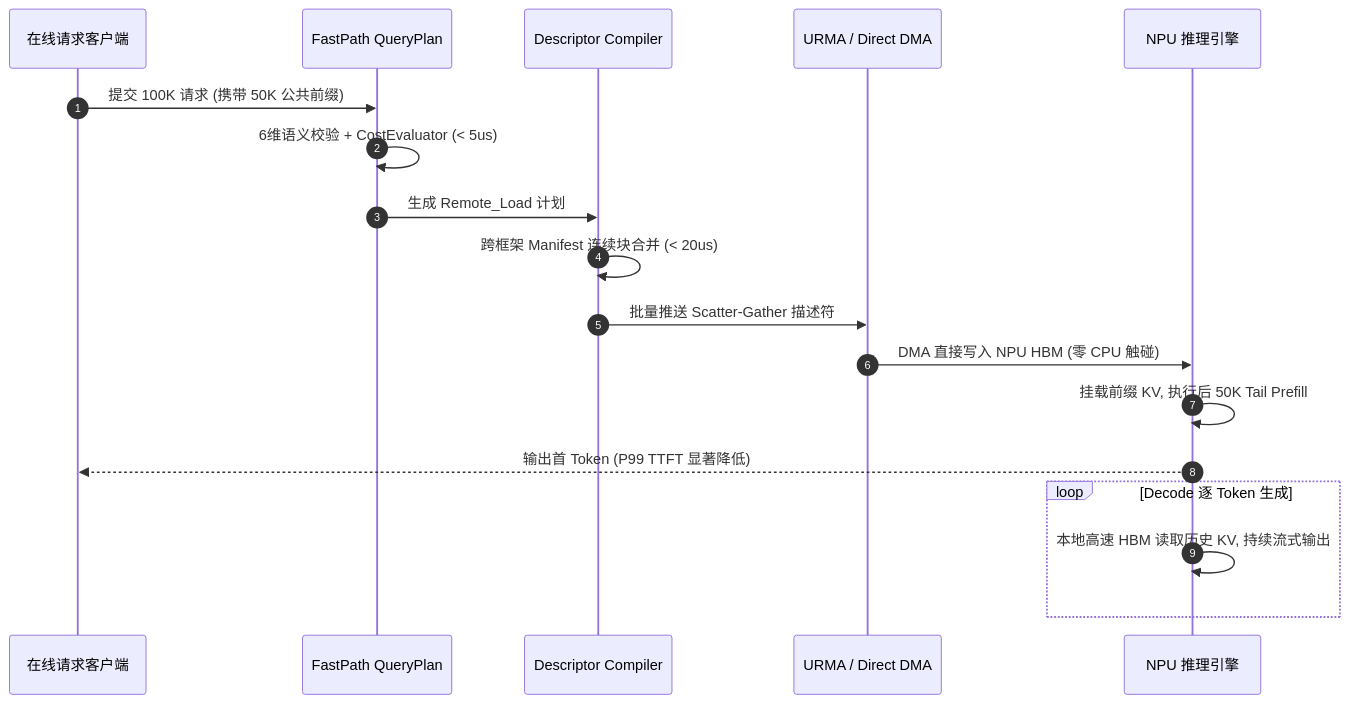
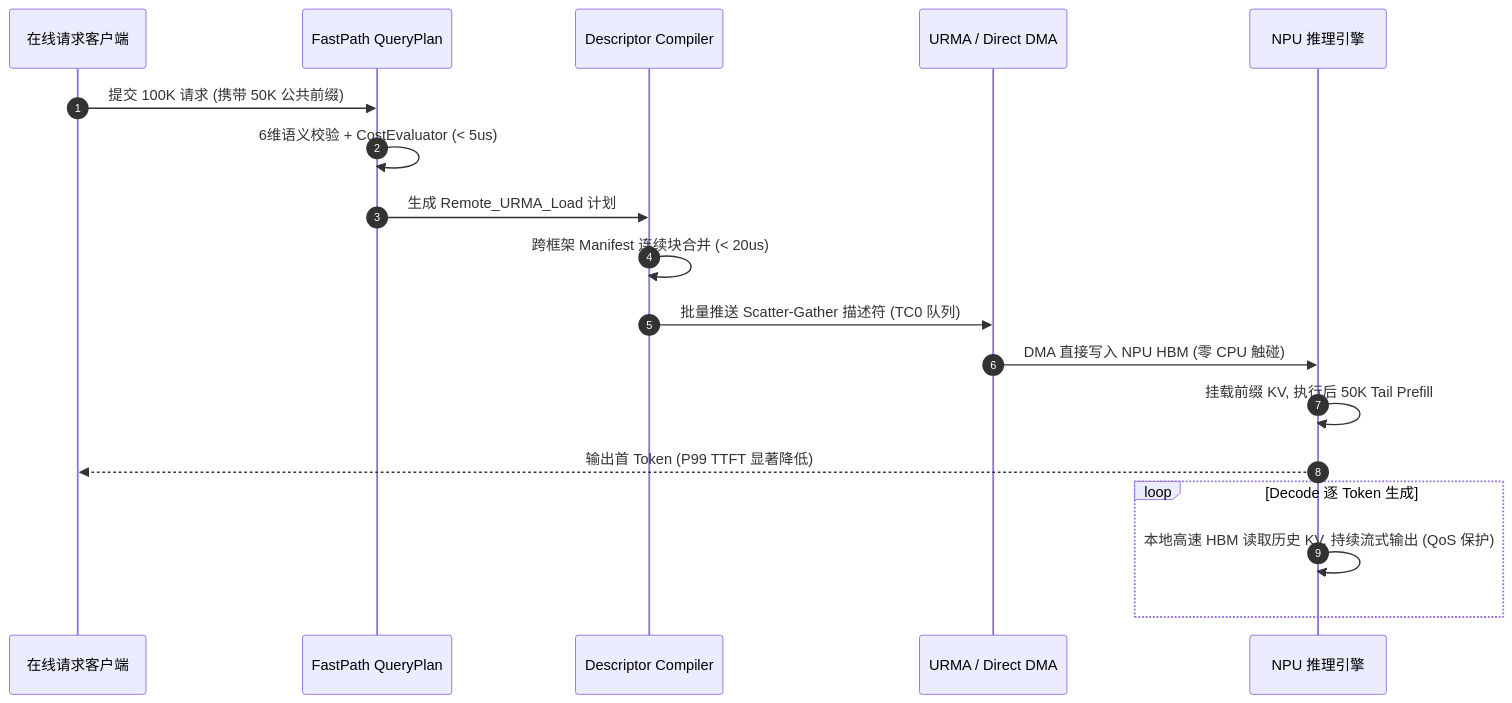
One commit to stonetree/reports changed the second of 2 diagrams in kvcache/unified_kv_memory/提前验证方案设计/验证计划方案设计/08_PVT-07_前后台混压端到端薄闭环与SemanticQoS干扰包络验证实施方案设计.md. Above: the diagram before and after it, drawn with Mermaid. The commit also changed other lines of this file and 11 other files, not shown here.

````diff
--- a/kvcache/unified_kv_memory/提前验证方案设计/验证计划方案设计/08_PVT-07_前后台混压端到端薄闭环与SemanticQoS干扰包络验证实施方案设计.md
+++ b/kvcache/unified_kv_memory/提前验证方案设计/验证计划方案设计/08_PVT-07_前后台混压端到端薄闭环与SemanticQoS干扰包络验证实施方案设计.md
@@ -76,21 +101,21 @@
 ```mermaid
 sequenceDiagram
     autonumber
     participant Client as 在线请求客户端
     participant Router as FastPath QueryPlan
     participant Comp as Descriptor Compiler
     participant Fabric as URMA / Direct DMA
     participant Engine as NPU 推理引擎
 
     Client->>Router: 提交 100K 请求 (携带 50K 公共前缀)
     Router->>Router: 6维语义校验 + CostEvaluator (< 5us)
-    Router->>Comp: 生成 Remote_Load 计划
+    Router->>Comp: 生成 Remote_URMA_Load 计划
     Comp->>Comp: 跨框架 Manifest 连续块合并 (< 20us)
-    Comp->>Fabric: 批量推送 Scatter-Gather 描述符
+    Comp->>Fabric: 批量推送 Scatter-Gather 描述符 (TC0 队列)
     Fabric->>Engine: DMA 直接写入 NPU HBM (零 CPU 触碰)
     Engine->>Engine: 挂载前缀 KV, 执行后 50K Tail Prefill
     Engine-->>Client: 输出首 Token (P99 TTFT 显著降低)
     loop Decode 逐 Token 生成
-        Engine->>Engine: 本地高速 HBM 读取历史 KV, 持续流式输出
+        Engine->>Engine: 本地高速 HBM 读取历史 KV, 持续流式输出 (QoS 保护)
     end
 ```
````
